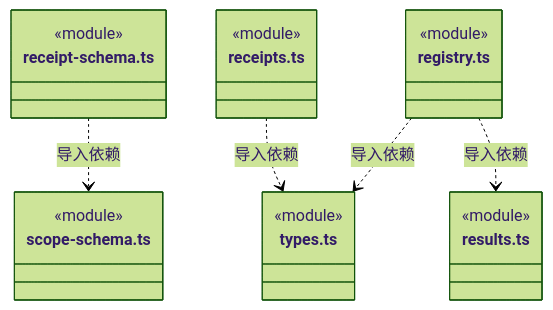
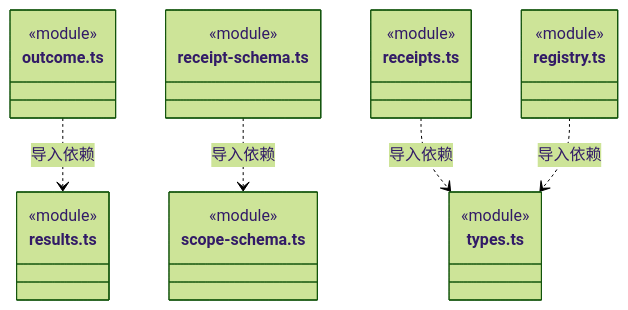
One commit to nan023062/cbim changed diagram 14 of 16 in src/backend/core/tools/ARCHITECTURE.md. Above: the diagram before and after it, drawn with Mermaid (forest theme). The commit also changed other lines of this file and 44 other files, not shown here.

````diff
--- a/src/backend/core/tools/ARCHITECTURE.md
+++ b/src/backend/core/tools/ARCHITECTURE.md
@@ -265,25 +305,28 @@
 ```mermaid
 classDiagram
+class N_src_backend_core_tools_outcome_ts["outcome.ts"] {
+  <<module>>
+}
+class N_src_backend_core_tools_results_ts["results.ts"] {
+  <<module>>
+}
 class N_src_backend_core_tools_receipt_schema_ts["receipt-schema.ts"] {
   <<module>>
 }
 class N_src_backend_core_tools_scope_schema_ts["scope-schema.ts"] {
   <<module>>
 }
 class N_src_backend_core_tools_receipts_ts["receipts.ts"] {
   <<module>>
 }
 class N_src_backend_core_tools_types_ts["types.ts"] {
   <<module>>
 }
 class N_src_backend_core_tools_registry_ts["registry.ts"] {
   <<module>>
 }
-class N_src_backend_core_tools_results_ts["results.ts"] {
-  <<module>>
-}
+N_src_backend_core_tools_outcome_ts ..> N_src_backend_core_tools_results_ts : 导入依赖
 N_src_backend_core_tools_receipt_schema_ts ..> N_src_backend_core_tools_scope_schema_ts : 导入依赖
 N_src_backend_core_tools_receipts_ts ..> N_src_backend_core_tools_types_ts : 导入依赖
 N_src_backend_core_tools_registry_ts ..> N_src_backend_core_tools_types_ts : 导入依赖
-N_src_backend_core_tools_registry_ts ..> N_src_backend_core_tools_results_ts : 导入依赖
 ```
````
